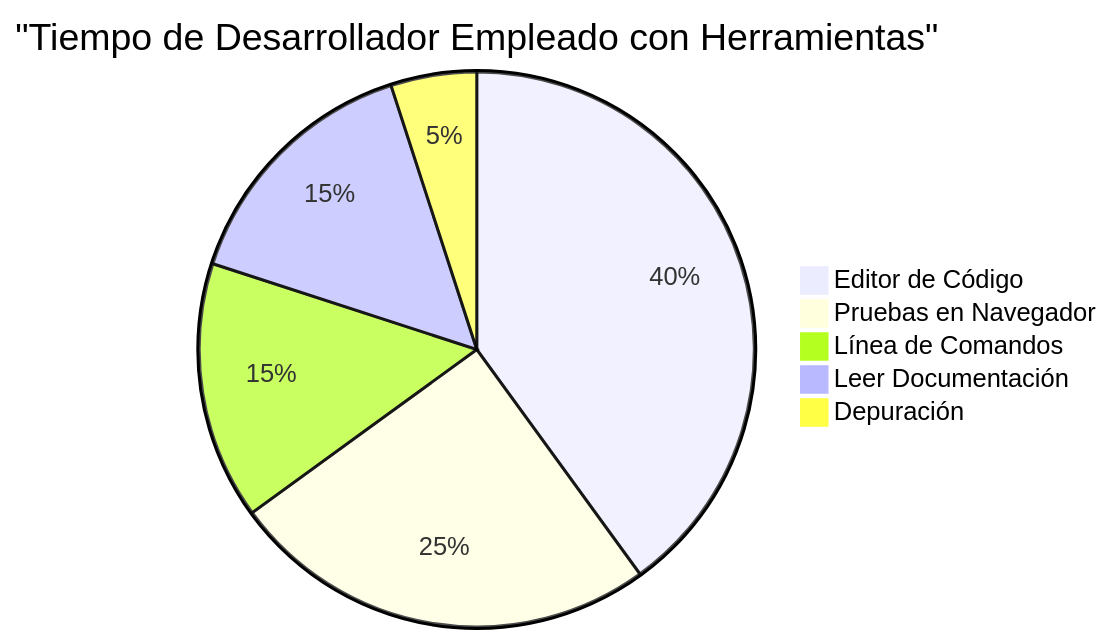
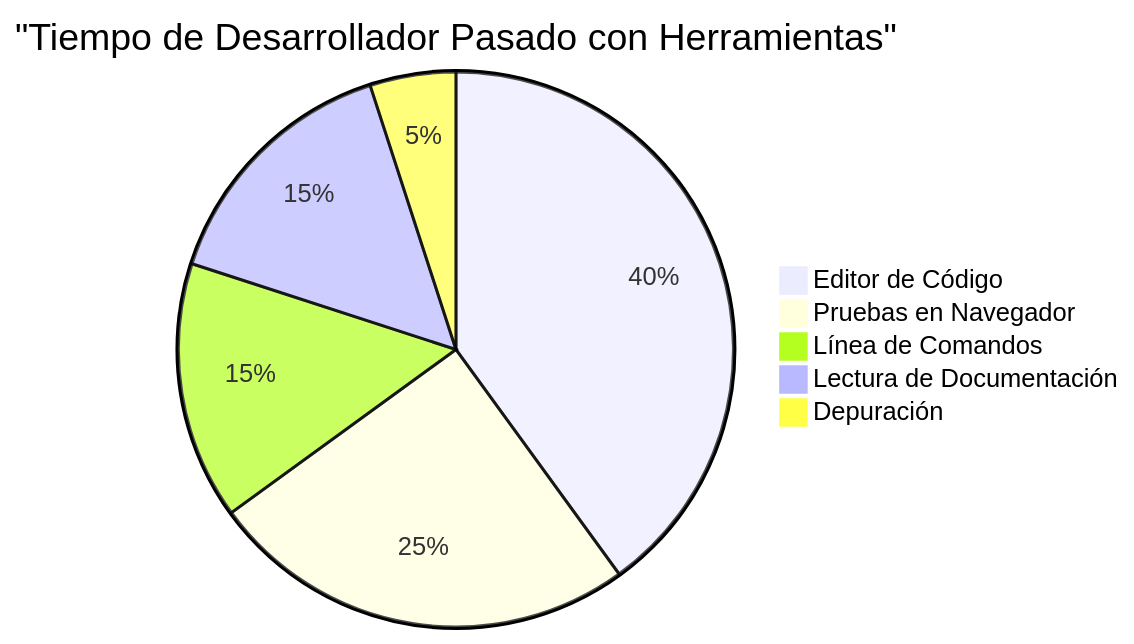
The sixth of 7 diagrams in translations/es/1-getting-started-lessons/1-intro-to-programming-languages/README.md (microsoft/Web-Dev-For-Beginners), drawn with Mermaid before and after one commit. The commit also changed other lines of this file and 393 other files, not shown here.

````diff
--- a/translations/es/1-getting-started-lessons/1-intro-to-programming-languages/README.md
+++ b/translations/es/1-getting-started-lessons/1-intro-to-programming-languages/README.md
@@ -710,8 +713,8 @@
 ```mermaid
-pie title "Tiempo de Desarrollador Empleado con Herramientas"
+pie title "Tiempo de Desarrollador Pasado con Herramientas"
     "Editor de Código" : 40
     "Pruebas en Navegador" : 25
     "Línea de Comandos" : 15
-    "Leer Documentación" : 15
+    "Lectura de Documentación" : 15
     "Depuración" : 5
 ```
````
